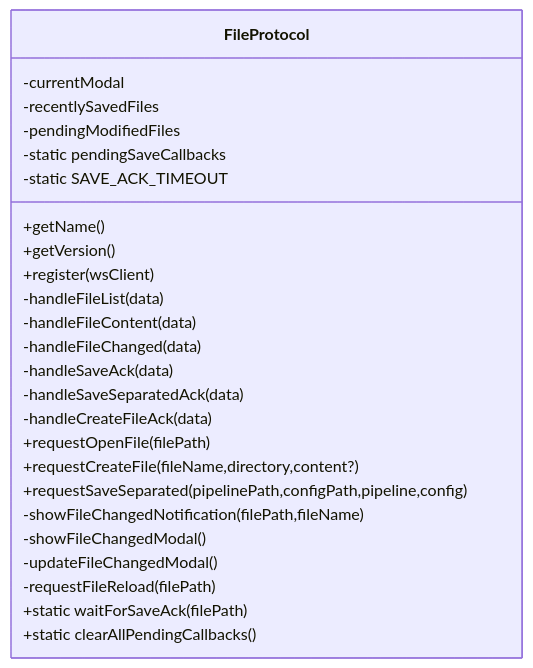
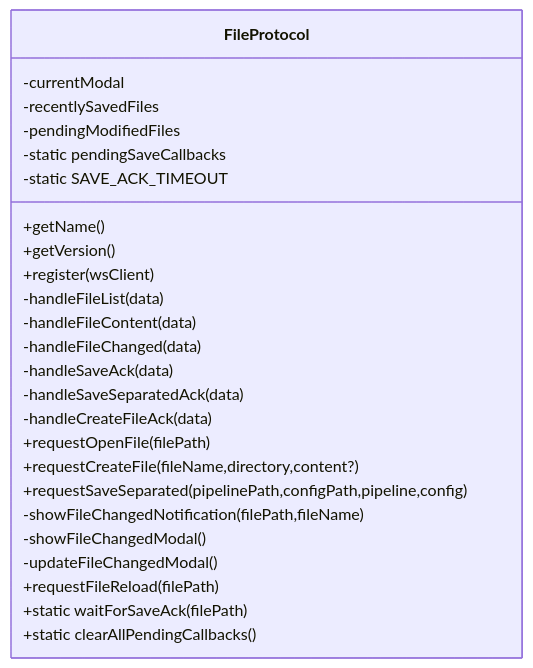
One commit to kqcoxn/MaaPipelineEditor changed the third of 11 diagrams in .qoder/repowiki/zh/content/核心概念/通信协议/文件协议.md. Above: the diagram before and after it, drawn with Mermaid. The commit also changed other lines of this file and 19 other files, not shown here.

````diff
--- a/.qoder/repowiki/zh/content/核心概念/通信协议/文件协议.md
+++ b/.qoder/repowiki/zh/content/核心概念/通信协议/文件协议.md
@@ -158,28 +164,28 @@
 ```mermaid
 classDiagram
 class FileProtocol {
 -currentModal
 -recentlySavedFiles
 -pendingModifiedFiles
 -static pendingSaveCallbacks
 -static SAVE_ACK_TIMEOUT
 +getName()
 +getVersion()
 +register(wsClient)
 -handleFileList(data)
 -handleFileContent(data)
 -handleFileChanged(data)
 -handleSaveAck(data)
 -handleSaveSeparatedAck(data)
 -handleCreateFileAck(data)
 +requestOpenFile(filePath)
 +requestCreateFile(fileName,directory,content?)
 +requestSaveSeparated(pipelinePath,configPath,pipeline,config)
 -showFileChangedNotification(filePath,fileName)
 -showFileChangedModal()
 -updateFileChangedModal()
--requestFileReload(filePath)
++requestFileReload(filePath)
 +static waitForSaveAck(filePath)
 +static clearAllPendingCallbacks()
 }
 ```
````
